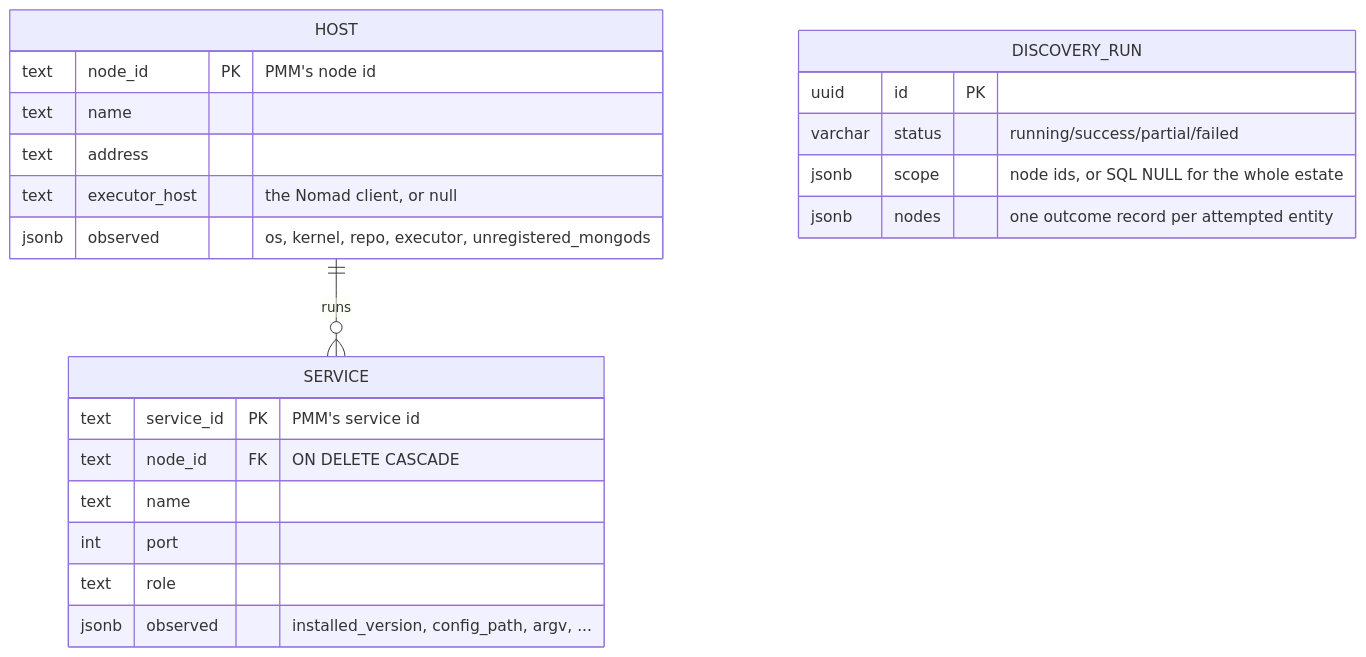
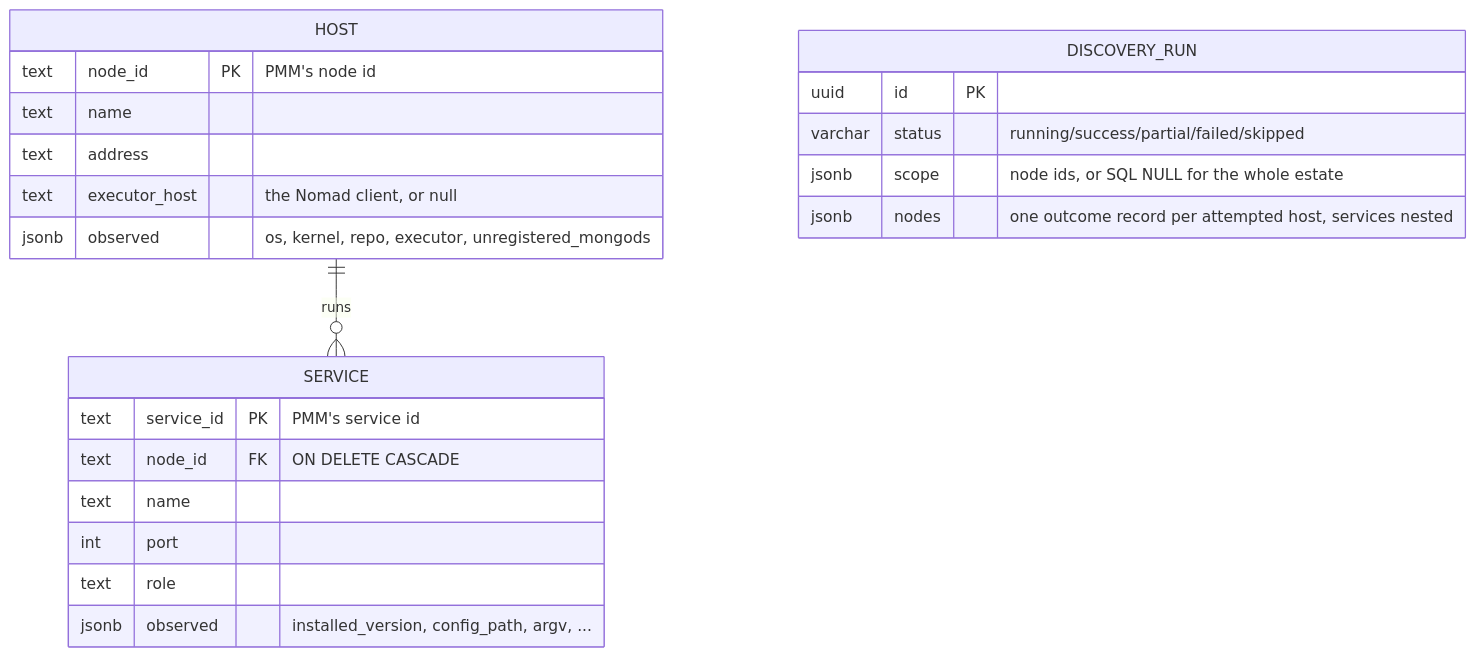
The fourth of 4 diagrams in docs/architecture.md (Percona-Lab/pom-workspace), drawn with Mermaid before and after one commit. The commit also changed other lines of this file and 1 other file, not shown here.

````diff
--- a/docs/architecture.md
+++ b/docs/architecture.md
@@ -156,25 +164,25 @@
 ```mermaid
 erDiagram
     HOST ||--o{ SERVICE : "runs"
     HOST {
         text node_id PK "PMM's node id"
         text name
         text address
         text executor_host "the Nomad client, or null"
         jsonb observed "os, kernel, repo, executor, unregistered_mongods"
     }
     SERVICE {
         text service_id PK "PMM's service id"
         text node_id FK "ON DELETE CASCADE"
         text name
         int port
         text role
         jsonb observed "installed_version, config_path, argv, ..."
     }
     DISCOVERY_RUN {
         uuid id PK
-        varchar status "running/success/partial/failed"
+        varchar status "running/success/partial/failed/skipped"
         jsonb scope "node ids, or SQL NULL for the whole estate"
-        jsonb nodes "one outcome record per attempted entity"
+        jsonb nodes "one outcome record per attempted host, services nested"
     }
 ```
````
